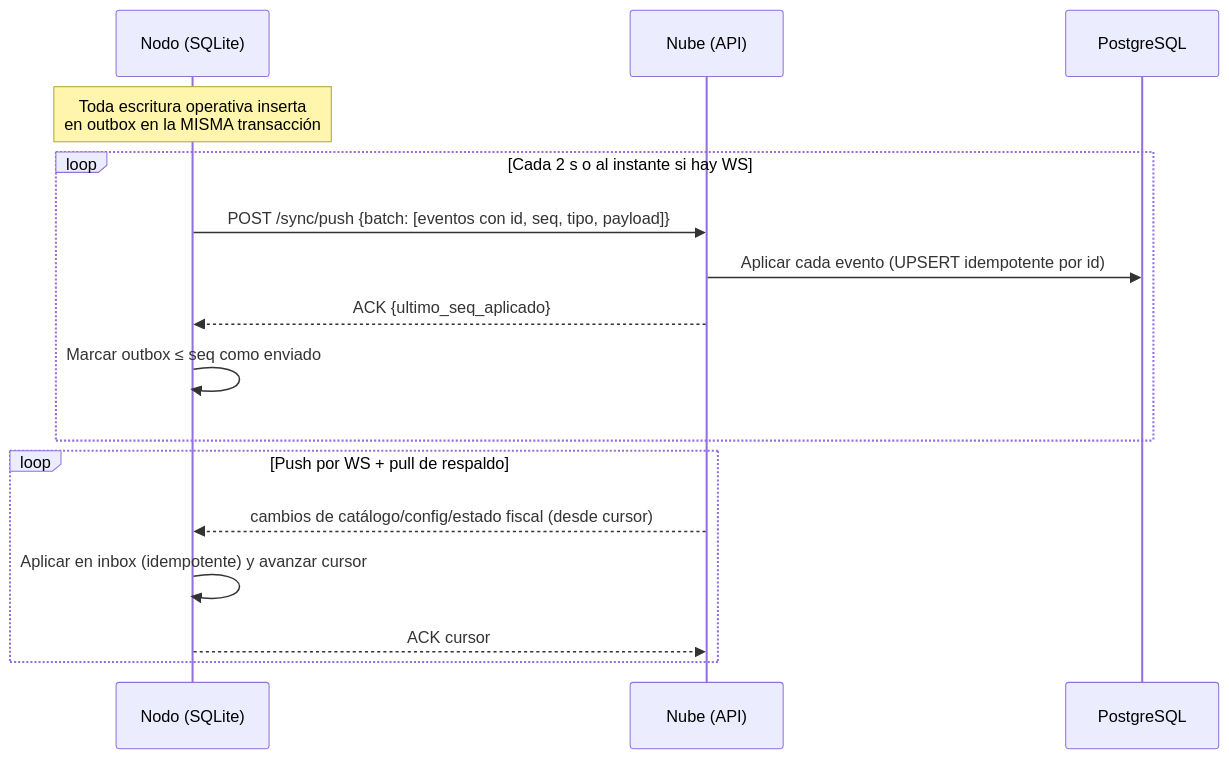
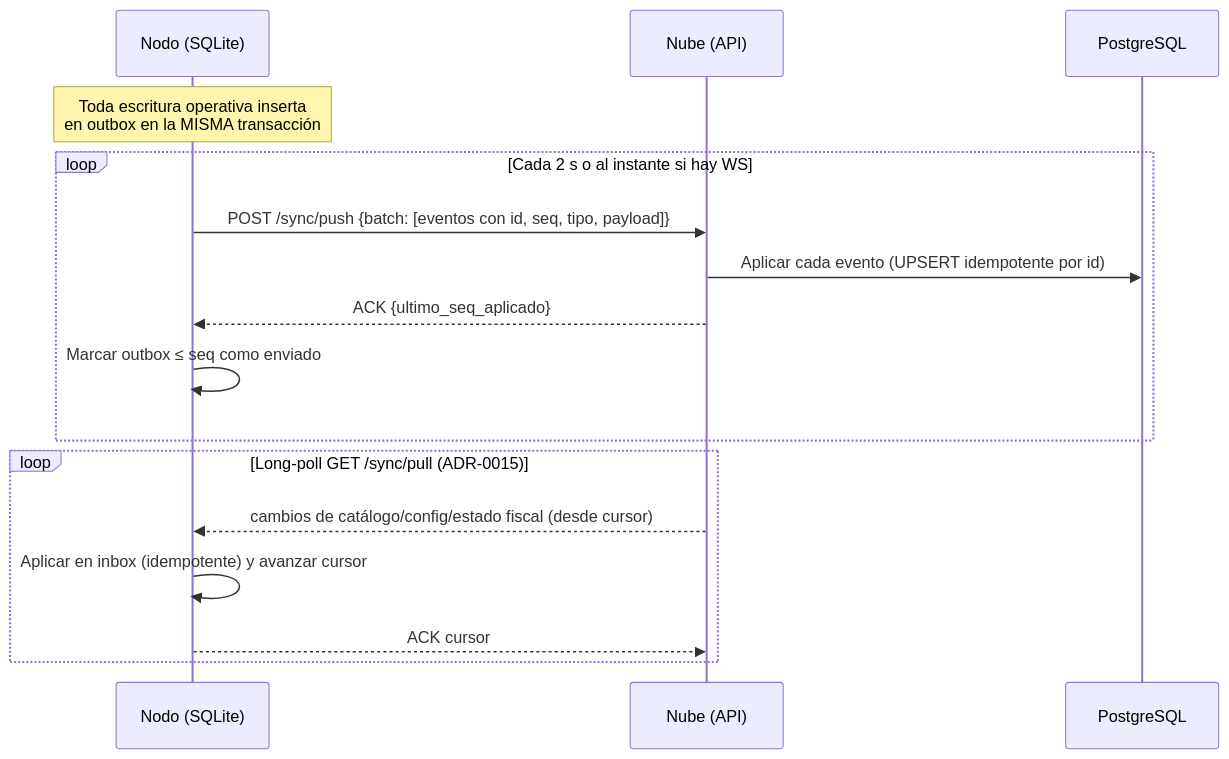
The third of 3 diagrams in documentacion-proyecto/docs/03-arquitectura.md (Deyvi10/SISTEMA-RESTAURANTE-Y-FACTURACI-N), drawn with Mermaid before and after one commit. The commit also changed 24 other files, not shown here.

First line of the commit message:
feat(edge): replicate catalog, salon and staff from cloud to node via long-poll (F2-03)

````diff
--- a/documentacion-proyecto/docs/03-arquitectura.md
+++ b/documentacion-proyecto/docs/03-arquitectura.md
@@ -120,18 +120,18 @@
 ```mermaid
 sequenceDiagram
     participant N as Nodo (SQLite)
     participant C as Nube (API)
     participant P as PostgreSQL
     Note over N: Toda escritura operativa inserta<br/>en outbox en la MISMA transacción
     loop Cada 2 s o al instante si hay WS
         N->>C: POST /sync/push {batch: [eventos con id, seq, tipo, payload]}
         C->>P: Aplicar cada evento (UPSERT idempotente por id)
         C-->>N: ACK {ultimo_seq_aplicado}
         N->>N: Marcar outbox ≤ seq como enviado
     end
-    loop Push por WS + pull de respaldo
+    loop Long-poll GET /sync/pull (ADR-0015)
         C-->>N: cambios de catálogo/config/estado fiscal (desde cursor)
         N->>N: Aplicar en inbox (idempotente) y avanzar cursor
         N-->>C: ACK cursor
     end
 ```
````
